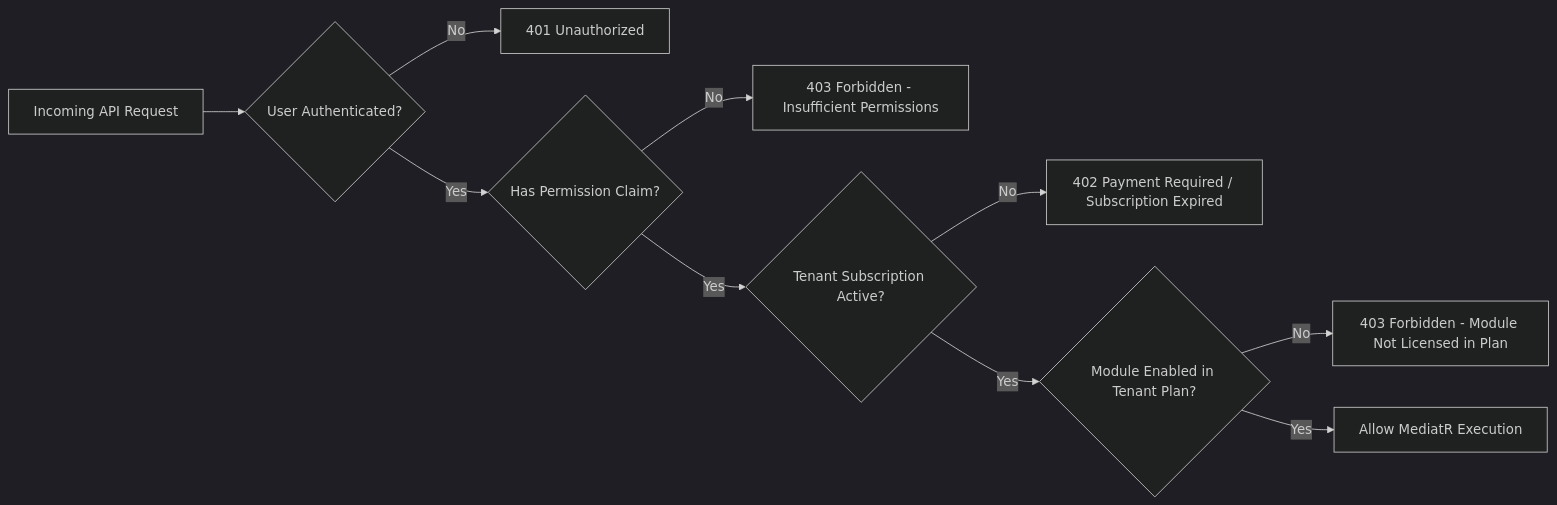
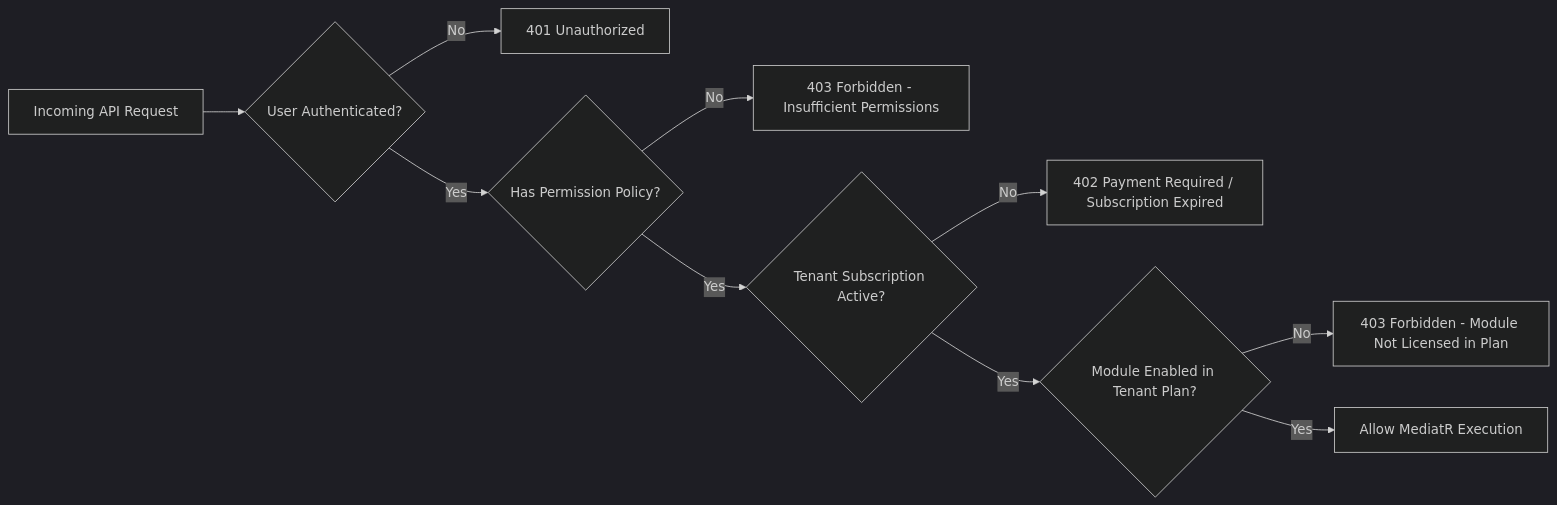
The fifth of 11 diagrams in backend/docs/TechnicalDocument.md (satyakidushyant/workora), drawn with Mermaid (dark theme) before and after one commit. The commit also changed other lines of this file and 16 other files, not shown here.

````diff
--- a/backend/docs/TechnicalDocument.md
+++ b/backend/docs/TechnicalDocument.md
@@ -592,12 +622,12 @@
 ```mermaid
 flowchart LR
     A[Incoming API Request] --> B{User Authenticated?}
     B -->|No| C[401 Unauthorized]
-    B -->|Yes| D{Has Permission Claim?}
+    B -->|Yes| D{Has Permission Policy?}
     D -->|No| E[403 Forbidden - Insufficient Permissions]
     D -->|Yes| F{Tenant Subscription Active?}
     F -->|No| G[402 Payment Required / Subscription Expired]
     F -->|Yes| H{Module Enabled in Tenant Plan?}
     H -->|No| I[403 Forbidden - Module Not Licensed in Plan]
     H -->|Yes| J[Allow MediatR Execution]
 ```
````
